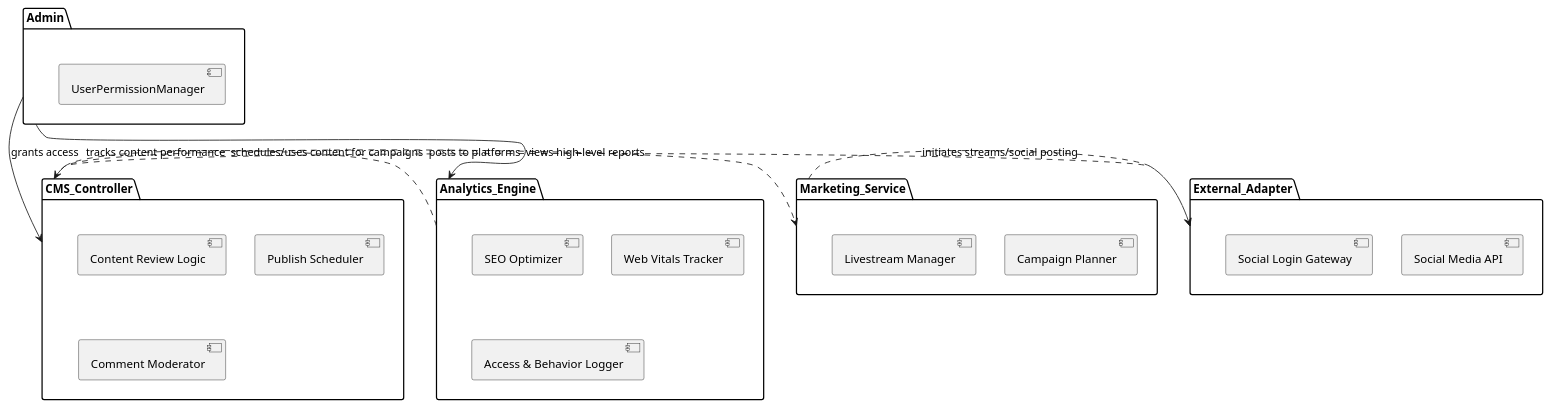
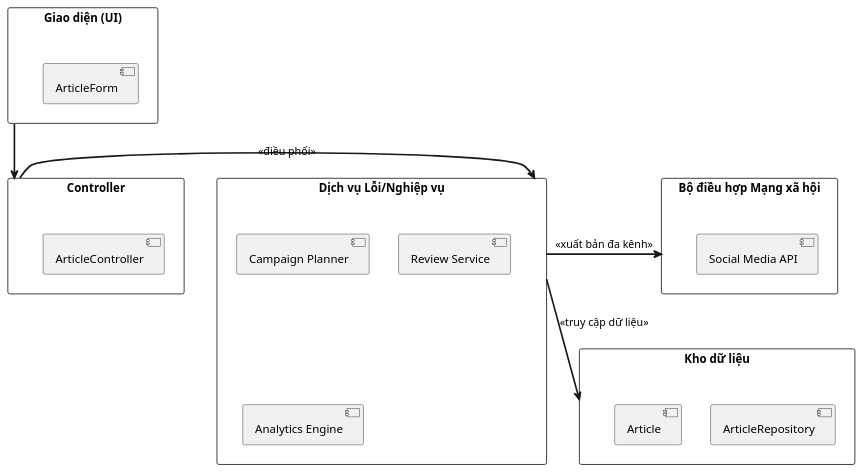
Before and after one commit to Hicam93-cmyk/nhapmon-PhanMem: the diagram in Lab06/package-cafe-comm.puml, drawn with PlantUML.

```diff
--- a/Lab06/package-cafe-comm.puml
+++ b/Lab06/package-cafe-comm.puml
@@ -1,36 +1,36 @@
 @startuml
-package Admin {
-    [UserPermissionManager]
+
+skinparam packageStyle rectangle
+skinparam arrowThickness 2
+
+' Định nghĩa các gói chính '
+package UI as "Giao diện (UI)" {
+    [ArticleForm]
 }
 
-package CMS_Controller {
-    [Content Review Logic]
-    [Publish Scheduler]
-    [Comment Moderator]
+package Controller {
+    [ArticleController]
 }
 
-package Marketing_Service {
+package CoreService as "Dịch vụ Lỗi/Nghiệp vụ" {
     [Campaign Planner]
-    [Livestream Manager]
+    [Review Service]
+    [Analytics Engine]
 }
 
-package Analytics_Engine {
-    [SEO Optimizer]
-    [Web Vitals Tracker]
-    [Access & Behavior Logger]
+package DataStore as "Kho dữ liệu" {
+    [ArticleRepository]
+    [Article]
 }
 
-package External_Adapter {
+package ExternalAdapter as "Bộ điều hợp Mạng xã hội" {
     [Social Media API]
-    [Social Login Gateway]
 }
 
-' Quan hệ phụ thuộc (Dependencies) '
-CMS_Controller .> Marketing_Service : schedules/uses content for campaigns
-CMS_Controller .> External_Adapter : posts to platforms
-Marketing_Service .> External_Adapter : initiates streams/social posting
-Analytics_Engine .> CMS_Controller : tracks content performance
+' QUAN HỆ PHỤ THUỘC '
+UI -down-> Controller
+Controller -right-> CoreService : <<điều phối>>
+CoreService -down-> DataStore : <<truy cập dữ liệu>>
+CoreService -right-> ExternalAdapter : <<xuất bản đa kênh>>
 
-Admin --> CMS_Controller : grants access
-Admin --> Analytics_Engine : views high-level reports
 @enduml
```
